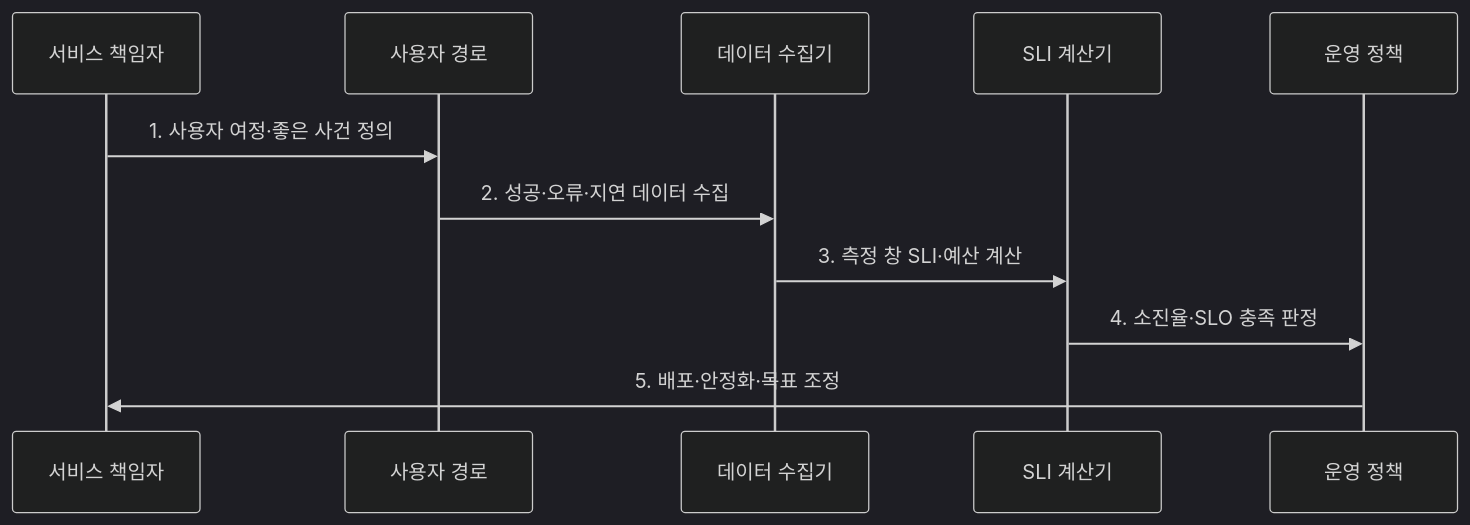
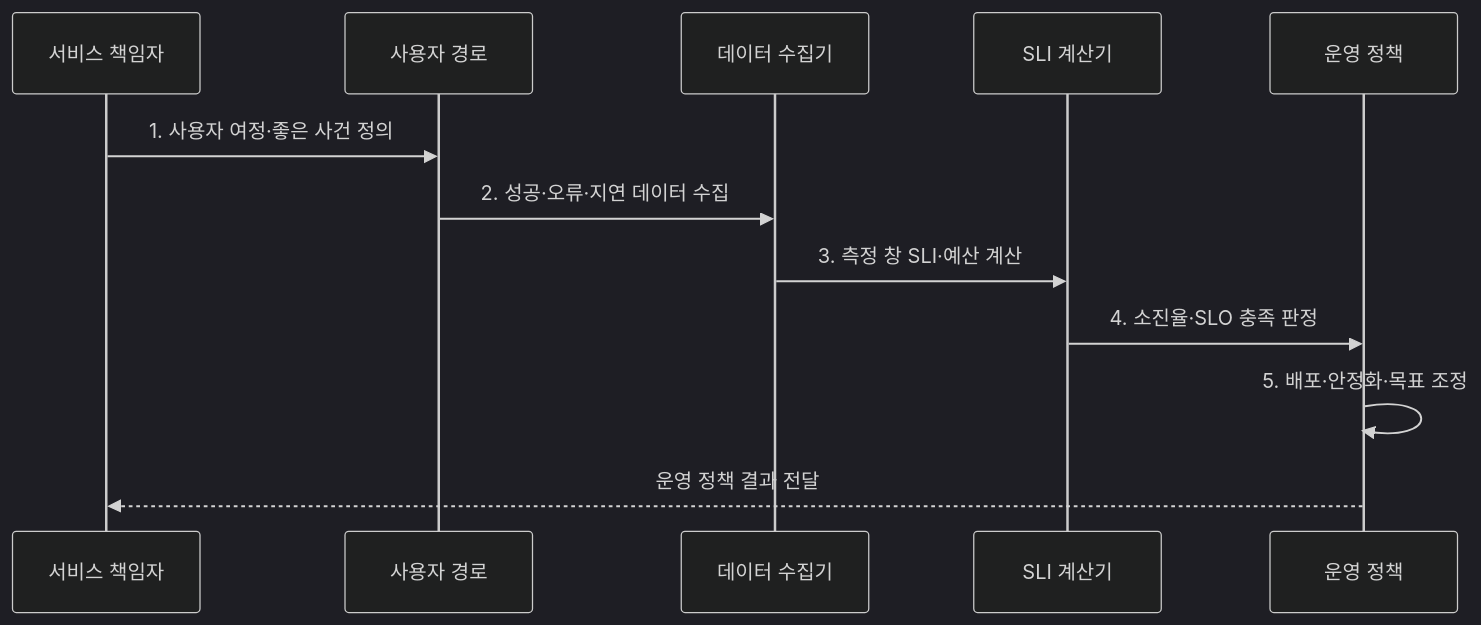
The second of 2 diagrams in src/content/docs/notes/06-evaluation/015_slo_sli.md (agnusdei1207/knowledge-base), drawn with Mermaid (dark theme) before and after one commit. The commit also changed other lines of this file and 20 other files, not shown here.

````diff
--- a/src/content/docs/notes/06-evaluation/015_slo_sli.md
+++ b/src/content/docs/notes/06-evaluation/015_slo_sli.md
@@ -82,13 +83,14 @@
 ```mermaid
 sequenceDiagram
   participant O as 서비스 책임자
   participant U as 사용자 경로
   participant C as 데이터 수집기
   participant I as SLI 계산기
   participant P as 운영 정책
   O->>U: 1. 사용자 여정·좋은 사건 정의
   U->>C: 2. 성공·오류·지연 데이터 수집
   C->>I: 3. 측정 창 SLI·예산 계산
   I->>P: 4. 소진율·SLO 충족 판정
-  P->>O: 5. 배포·안정화·목표 조정
+  P->>P: 5. 배포·안정화·목표 조정
+  P-->>O: 운영 정책 결과 전달
 ```
````
